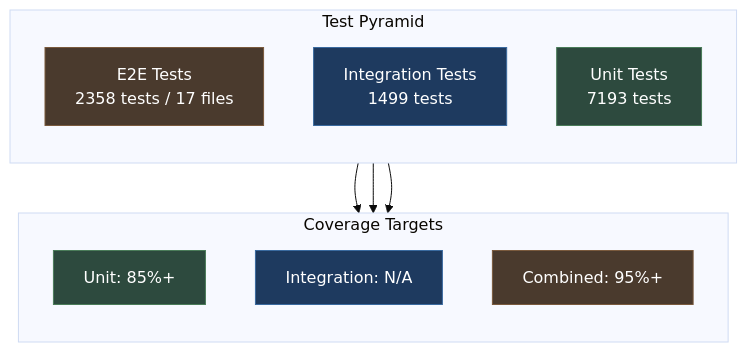
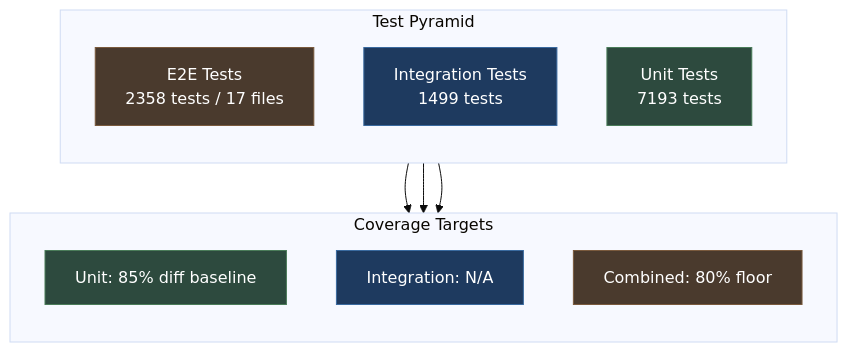
The diagram in docs/development/testing.md (mikesvoboda/nemotron-v3-home-security-intelligence), drawn with Mermaid (base theme) before and after one commit. The commit also changed other lines of this file and 12 other files, not shown here.

````diff
--- a/docs/development/testing.md
+++ b/docs/development/testing.md
@@ -35,27 +35,27 @@
 ```mermaid
 flowchart TB
     subgraph Pyramid["Test Pyramid"]
         direction TB
         E2E["E2E Tests<br/>2358 tests / 17 files"]
         INT["Integration Tests<br/>1499 tests"]
         UNIT["Unit Tests<br/>7193 tests"]
     end
 
     subgraph Coverage["Coverage Targets"]
         direction TB
-        UNIT_COV["Unit: 85%+"]
+        UNIT_COV["Unit: 85% diff baseline"]
         INT_COV["Integration: N/A"]
-        TOTAL_COV["Combined: 95%+"]
+        TOTAL_COV["Combined: 80% floor"]
     end
 
     UNIT --> UNIT_COV
     INT --> INT_COV
     E2E --> TOTAL_COV
 
     style UNIT fill:#2d4a3e,stroke:#4a7c59,color:#fff
     style INT fill:#1e3a5f,stroke:#3a6a9f,color:#fff
     style E2E fill:#4a3a2d,stroke:#7a5a3d,color:#fff
     style UNIT_COV fill:#2d4a3e,stroke:#4a7c59,color:#fff
     style INT_COV fill:#1e3a5f,stroke:#3a6a9f,color:#fff
     style TOTAL_COV fill:#4a3a2d,stroke:#7a5a3d,color:#fff
 ```
````
